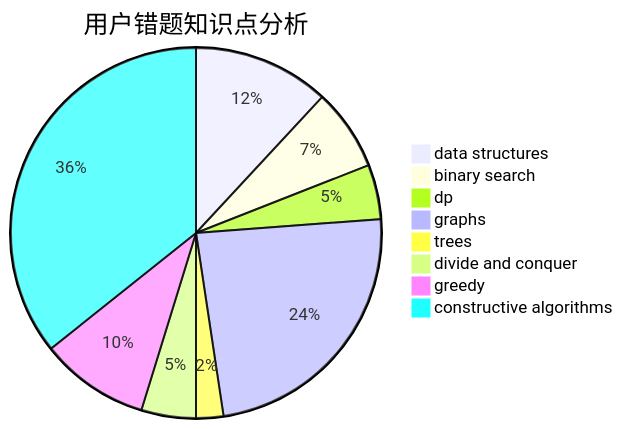
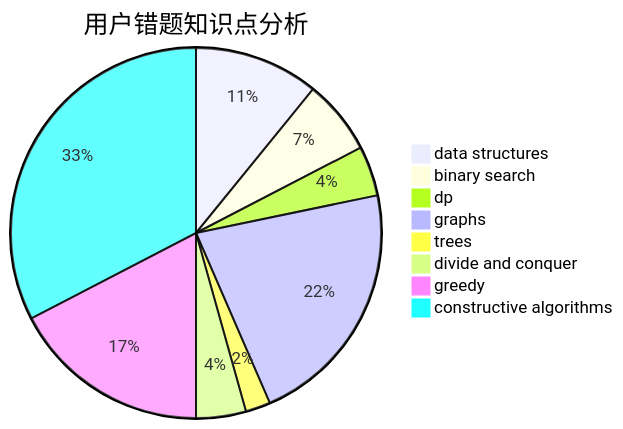
Before and after one commit to sherpahu/cfrs.github.io: the third of 3 diagrams in docs/user/u1484.md, drawn with Mermaid. The commit also changed other lines of this file and 2770 other files, not shown here.

````diff
--- a/docs/user/u1484.md
+++ b/docs/user/u1484.md
@@ -36,11 +36,11 @@
 ```mermaid
 pie title 用户错题知识点分析
     "data structures" :  5
     "binary search" :  3
     "dp" :  2
     "graphs" :  10
     "trees" :  1
     "divide and conquer" :  2
-    "greedy" :  4
+    "greedy" :  8
     "constructive algorithms" :  15
 ```
````
